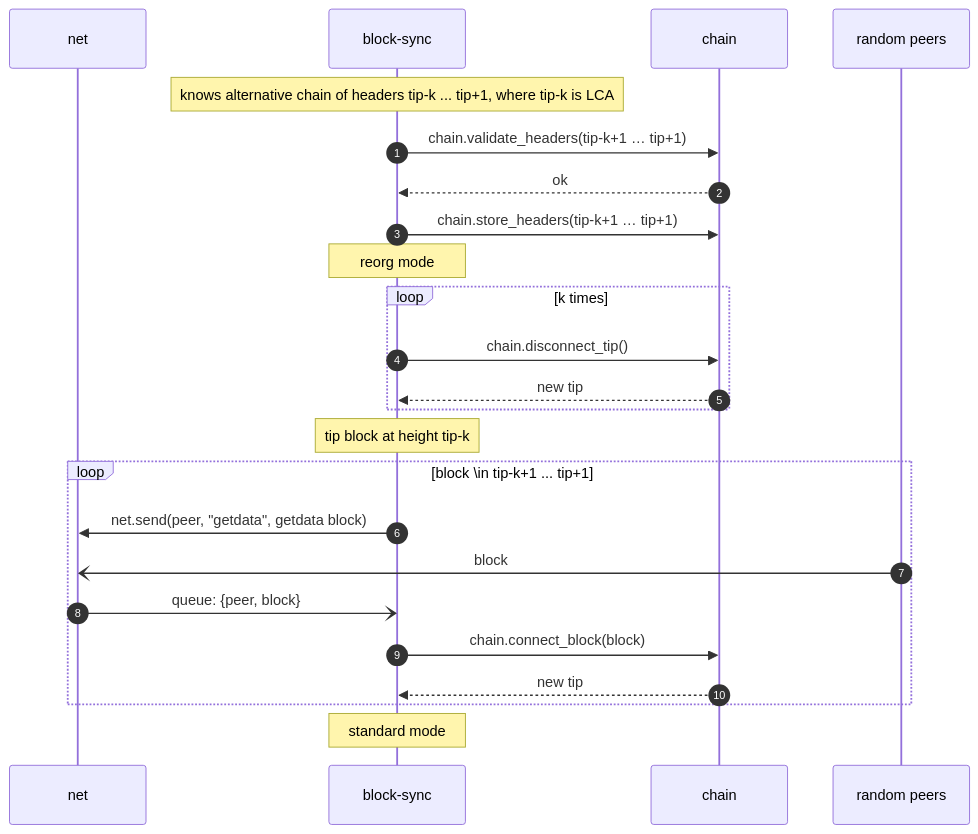
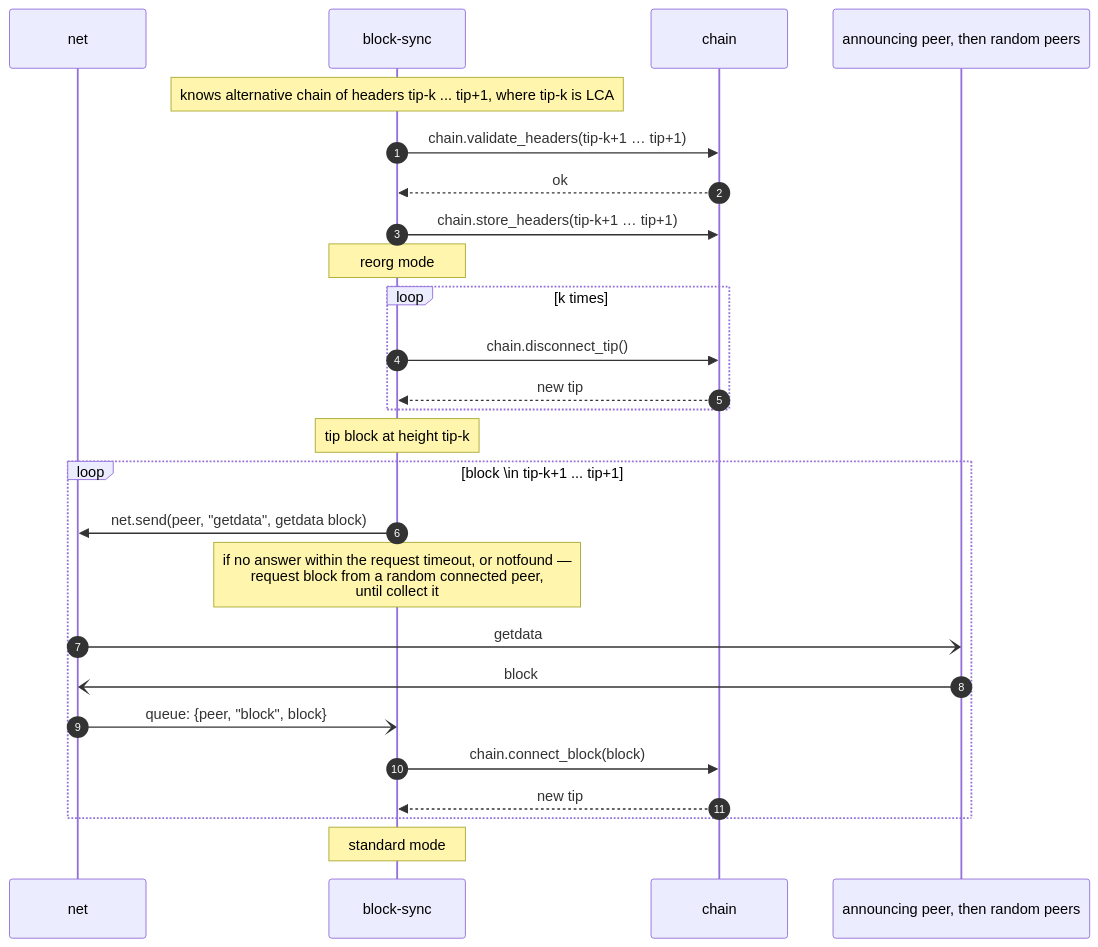
The diagram in docs/flows/mode-reorg.md (RustBTCD/btcd), drawn with Mermaid before and after one commit. The commit also changed 5 other files, not shown here.

````diff
--- a/docs/flows/mode-reorg.md
+++ b/docs/flows/mode-reorg.md
@@ -17,26 +17,28 @@
 ```mermaid
 sequenceDiagram
     autonumber
     participant N as net
     participant BS as block-sync
     participant C as chain
-    participant P as random peers
+    participant P as announcing peer, then random peers
     Note over BS: knows alternative chain of headers tip-k ... tip+1, where tip-k is LCA
     BS ->> C: chain.validate_headers(tip-k+1 … tip+1)
     C -->> BS: ok
     BS ->> C: chain.store_headers(tip-k+1 … tip+1)
     Note over BS: reorg mode
     loop k times
         BS ->> C: chain.disconnect_tip()
         C -->> BS: new tip
     end
     Note over BS: tip block at height tip-k
     loop block \in tip-k+1 ... tip+1
         BS ->> N: net.send(peer, "getdata", getdata block)
+        Note over BS: if no answer within the request timeout, or notfound —<br/>request block from a random connected peer,<br/>until collect it
+        N -) P: getdata
         P -) N: block
-        N -) BS: queue: {peer, block}
+        N -) BS: queue: {peer, "block", block}
         BS ->> C: chain.connect_block(block)
         C -->> BS: new tip
     end
     Note over BS: standard mode
 ```
````
